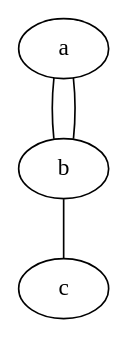
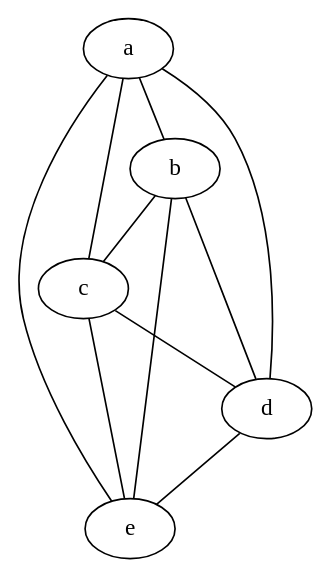
Before and after one commit to beatriz-sait07/Estrutura_de_dados: the diagram in semestre_08/Grafos/tb02/grafo3.dot, drawn with Graphviz. The commit also changed 11 other files, not shown here.

```diff
--- a/semestre_08/Grafos/tb02/grafo3.dot
+++ b/semestre_08/Grafos/tb02/grafo3.dot
@@ -1,6 +1,13 @@
 graph
-  {
+{
   a -- b;
+  a -- c;
+  a -- d;
+  a -- e;
   b -- c;
-  a -- b;
-  }
+  b -- d;
+  b -- e;
+  c -- d;
+  c -- e;
+  d -- e;
+}
```
